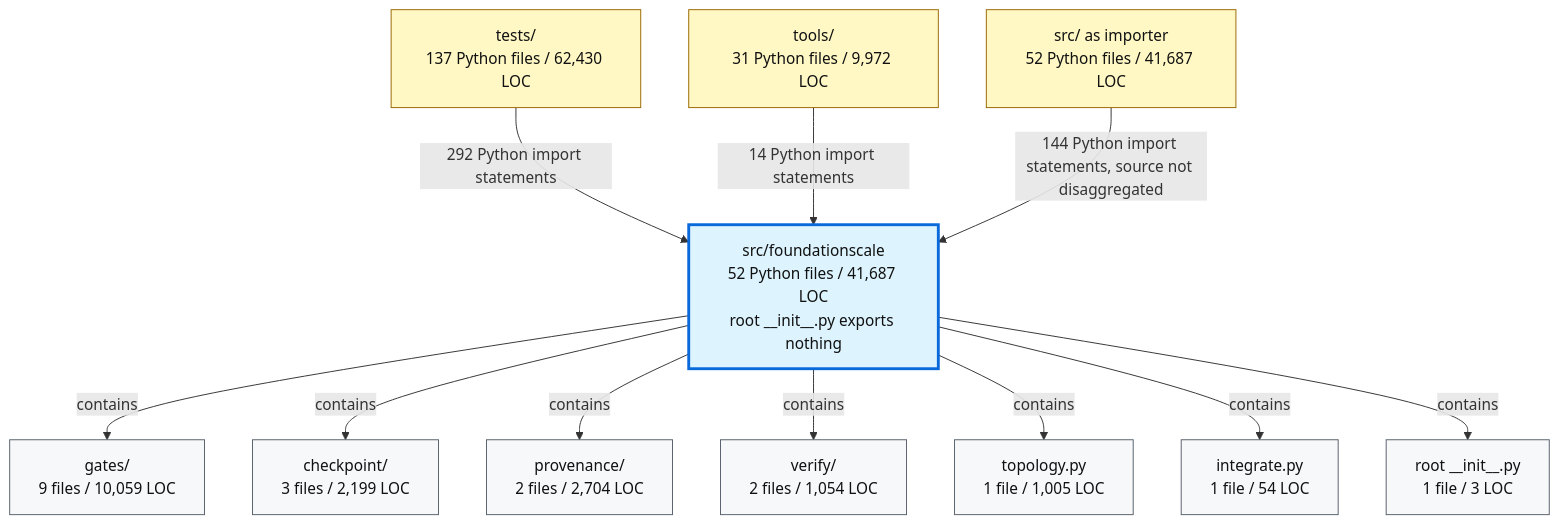
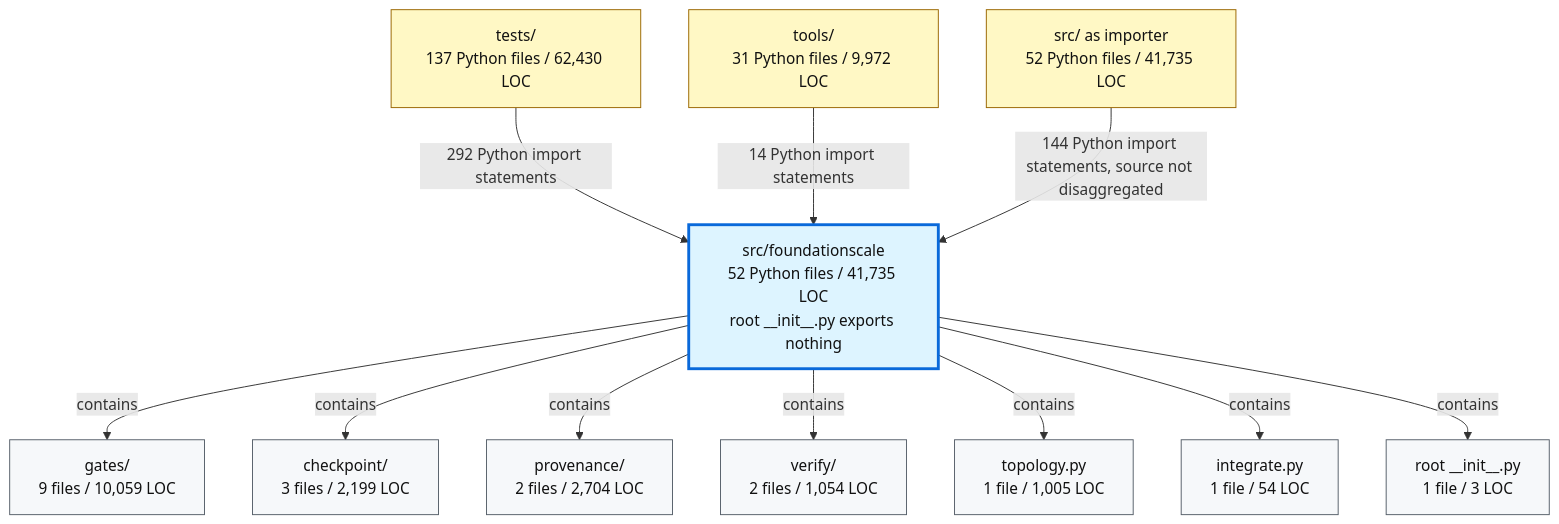
Before and after one commit to TranNhiem/FoundationScale: the second of 2 diagrams in docs/review/D2_current_architecture.md, drawn with Mermaid. The commit also changed other lines of this file and 13 other files, not shown here.

````diff
--- a/docs/review/D2_current_architecture.md
+++ b/docs/review/D2_current_architecture.md
@@ -97,36 +97,36 @@
 ```mermaid
 flowchart TB
   TESTS["tests/<br/>137 Python files / 62,430 LOC"]
   TOOLS["tools/<br/>31 Python files / 9,972 LOC"]
-  SRC["src/ as importer<br/>52 Python files / 41,687 LOC"]
+  SRC["src/ as importer<br/>52 Python files / 41,735 LOC"]
 
-  FS["src/foundationscale<br/>52 Python files / 41,687 LOC<br/>root __init__.py exports nothing"]
+  FS["src/foundationscale<br/>52 Python files / 41,735 LOC<br/>root __init__.py exports nothing"]
 
   GATES["gates/<br/>9 files / 10,059 LOC"]
   CKPT["checkpoint/<br/>3 files / 2,199 LOC"]
   PROV["provenance/<br/>2 files / 2,704 LOC"]
   VERIFY["verify/<br/>2 files / 1,054 LOC"]
   TOPO["topology.py<br/>1 file / 1,005 LOC"]
   INTEG["integrate.py<br/>1 file / 54 LOC"]
   ROOT["root __init__.py<br/>1 file / 3 LOC"]
 
   TESTS -->|"292 Python import statements"| FS
   TOOLS -->|"14 Python import statements"| FS
   SRC -->|"144 Python import statements, source not disaggregated"| FS
 
   FS -->|"contains"| GATES
   FS -->|"contains"| CKPT
   FS -->|"contains"| PROV
   FS -->|"contains"| VERIFY
   FS -->|"contains"| TOPO
   FS -->|"contains"| INTEG
   FS -->|"contains"| ROOT
 
   classDef consumer fill:#fff8c5,stroke:#9a6700,color:#111;
   classDef package fill:#ddf4ff,stroke:#0969da,stroke-width:3px,color:#111;
   classDef module fill:#f6f8fa,stroke:#57606a,color:#111;
 
   class TESTS,TOOLS,SRC consumer;
   class FS package;
   class GATES,CKPT,PROV,VERIFY,TOPO,INTEG,ROOT module;
 ```
````
